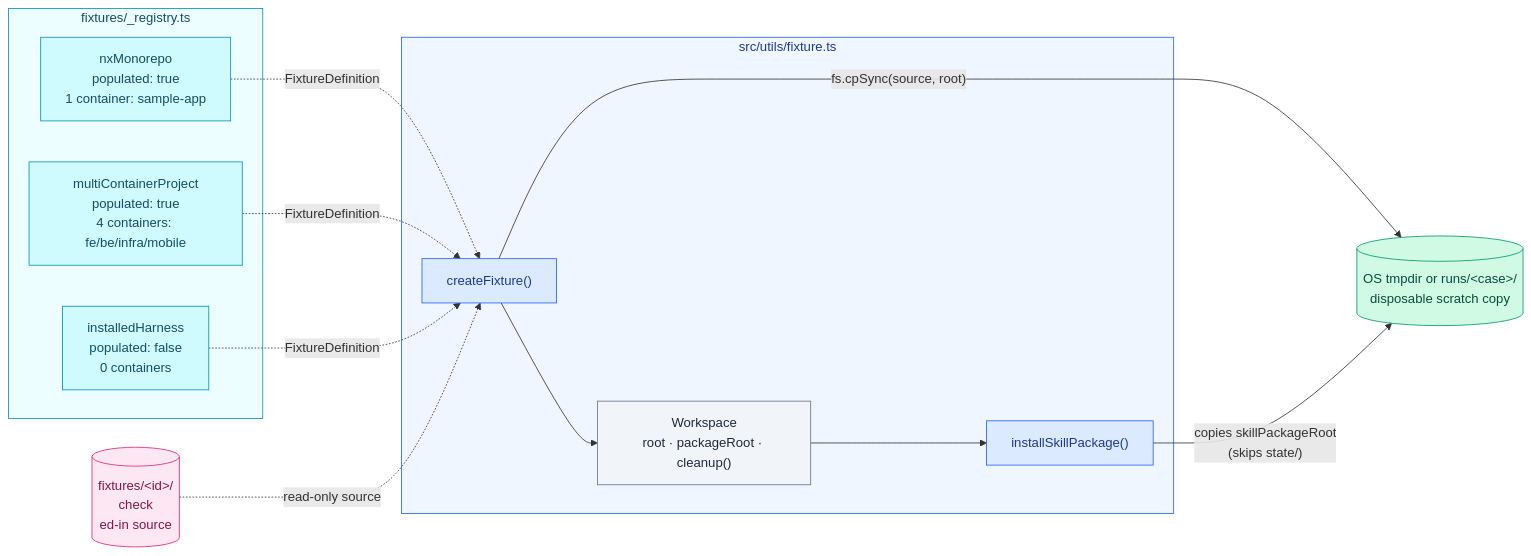
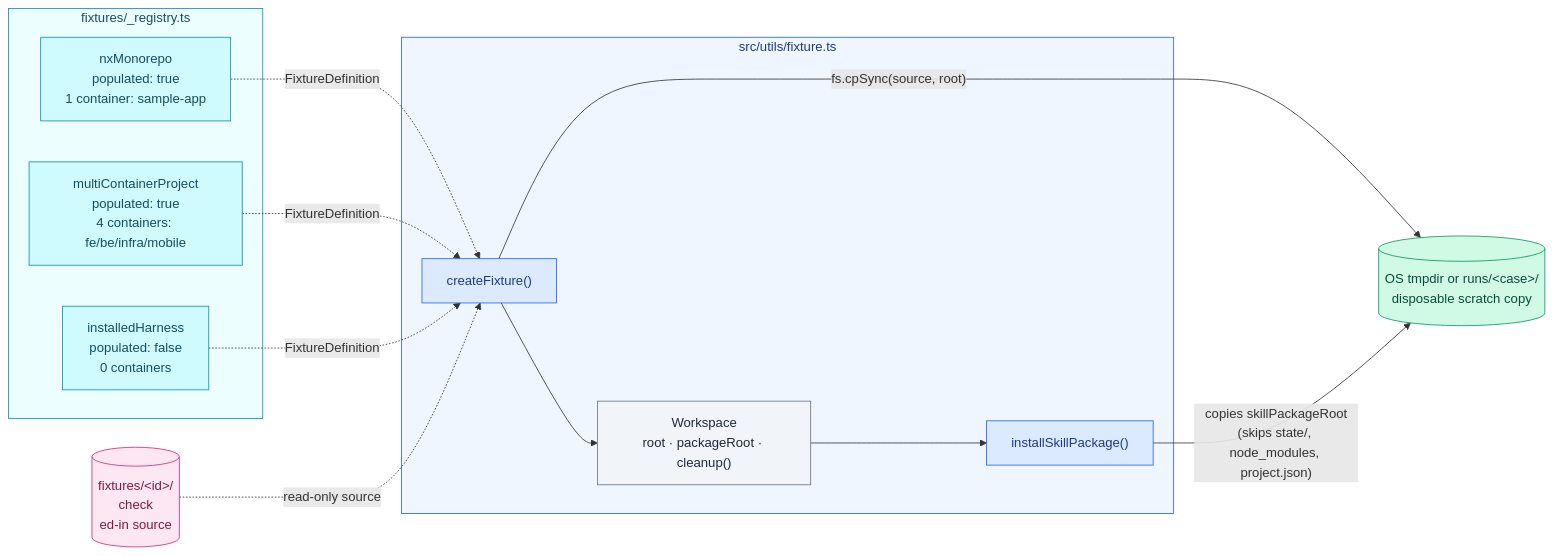
The diagram in docs/System Architecture (LLD)/Harness Bootstrap E2E/01. Fixtures.md (DataArt/artisyn-implementation-harness), drawn with Mermaid before and after one commit. The commit also changed other lines of this file and 36 other files, not shown here.

First line of the commit message:
docs(architecture): describe harness distribution, the release pipeline and its runbook

````diff
--- a/docs/System Architecture (LLD)/Harness Bootstrap E2E/01. Fixtures.md
+++ b/docs/System Architecture (LLD)/Harness Bootstrap E2E/01. Fixtures.md
@@ -13,33 +13,33 @@
 ```mermaid
 flowchart LR
     subgraph REG ["  fixtures/_registry.ts  "]
         NXM["nxMonorepo\npopulated: true\n1 container: sample-app"]:::fixture
         MCP["multiContainerProject\npopulated: true\n4 containers: fe/be/infra/mobile"]:::fixture
         INST["installedHarness\npopulated: false\n0 containers"]:::fixture
     end
 
     subgraph UTIL ["  src/utils/fixture.ts  "]
         CF["createFixture()"]:::engine
         ISP["installSkillPackage()"]:::engine
         WS["Workspace\nroot · packageRoot · cleanup()"]:::spec
     end
 
     SRC[("fixtures/&lt;id&gt;/\ncheck<br/>ed-in source")]:::pkg
     SCR[("OS tmpdir or runs/&lt;case&gt;/\ndisposable scratch copy")]:::report
 
     NXM & MCP & INST -.->|"FixtureDefinition"| CF
     CF -->|"fs.cpSync(source, root)"| SCR
     SRC -.->|"read-only source"| CF
     CF --> WS
     WS --> ISP
-    ISP -->|"copies skillPackageRoot\n(skips state/)"| SCR
+    ISP -->|"copies skillPackageRoot\n(skips state/, node_modules, project.json)"| SCR
 
     classDef fixture fill:#CFFAFE,stroke:#0891B2,color:#164e63
     classDef engine  fill:#DBEAFE,stroke:#2563EB,color:#1e3a8a
     classDef spec    fill:#F1F5F9,stroke:#64748B,color:#1e293b
     classDef pkg     fill:#FCE7F3,stroke:#DB2777,color:#831843
     classDef report  fill:#D1FAE5,stroke:#059669,color:#064e3b
 
     style REG  fill:#ECFEFF,stroke:#0891B2,color:#164e63
     style UTIL fill:#EFF6FF,stroke:#2563EB,color:#1e3a8a
 ```
````
